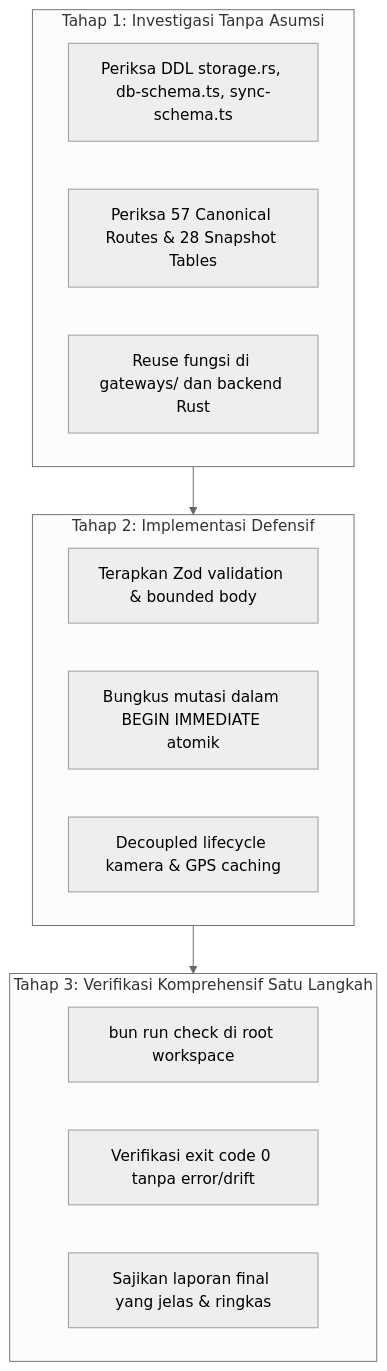
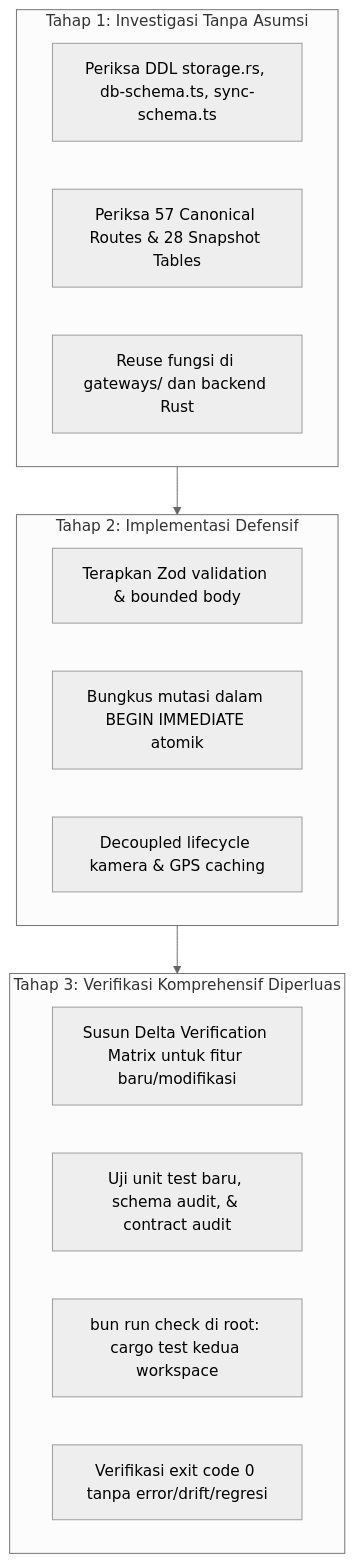
The diagram in .agents/skills/absensi-sppg-rules/SKILL.md (kemal-ofcs/project-school-new), drawn with Mermaid (neutral theme) before and after one commit. The commit also changed other lines of this file and 6 other files, not shown here.

````diff
--- a/.agents/skills/absensi-sppg-rules/SKILL.md
+++ b/.agents/skills/absensi-sppg-rules/SKILL.md
@@ -402,23 +417,24 @@
 ```mermaid
 flowchart TD
     Phase1[Tahap 1: Pre-Flight Investigation] --> Phase2[Tahap 2: Atomic Implementation]
-    Phase2 --> Phase3[Tahap 3: Single-Pass Post-Flight Verification]
+    Phase2 --> Phase3[Tahap 3: Extended Post-Flight Verification]
     
     subgraph Phase1 [Tahap 1: Investigasi Tanpa Asumsi]
         A1[Periksa DDL storage.rs, db-schema.ts, sync-schema.ts]
         A2[Periksa 57 Canonical Routes & 28 Snapshot Tables]
         A3[Reuse fungsi di gateways/ dan backend Rust]
     end
     
     subgraph Phase2 [Tahap 2: Implementasi Defensif]
         B1[Terapkan Zod validation & bounded body]
         B2[Bungkus mutasi dalam BEGIN IMMEDIATE atomik]
         B3[Decoupled lifecycle kamera & GPS caching]
     end
     
-    subgraph Phase3 [Tahap 3: Verifikasi Komprehensif Satu Langkah]
-        C1[bun run check di root workspace]
-        C2[Verifikasi exit code 0 tanpa error/drift]
-        C3[Sajikan laporan final yang jelas & ringkas]
+    subgraph Phase3 [Tahap 3: Verifikasi Komprehensif Diperluas]
+        C1[Susun Delta Verification Matrix untuk fitur baru/modifikasi]
+        C2[Uji unit test baru, schema audit, & contract audit]
+        C3[bun run check di root: cargo test kedua workspace]
+        C4[Verifikasi exit code 0 tanpa error/drift/regresi]
     end
 ```
````
